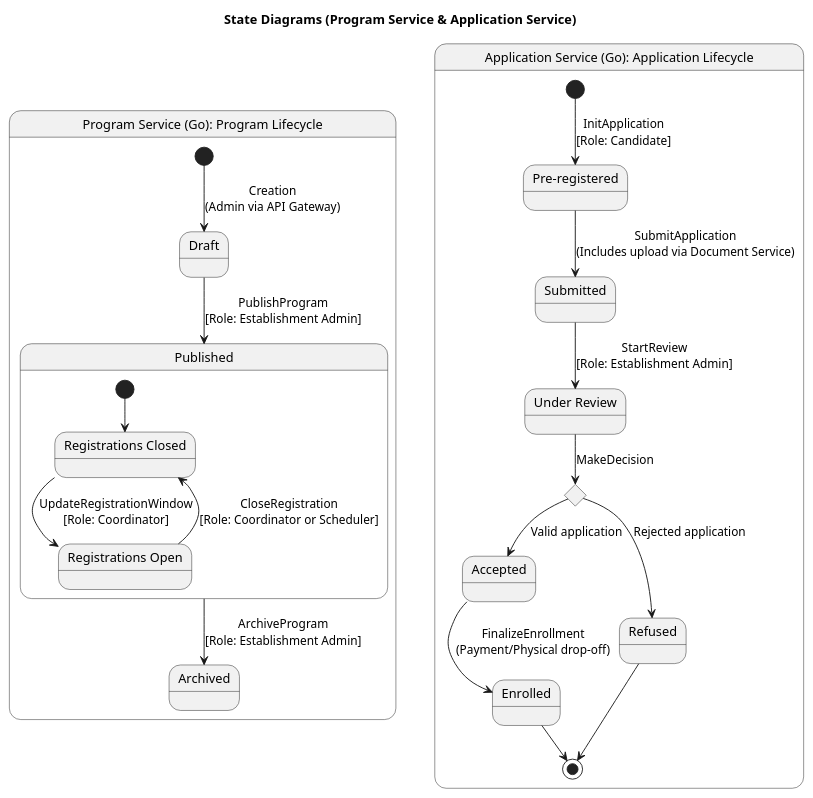
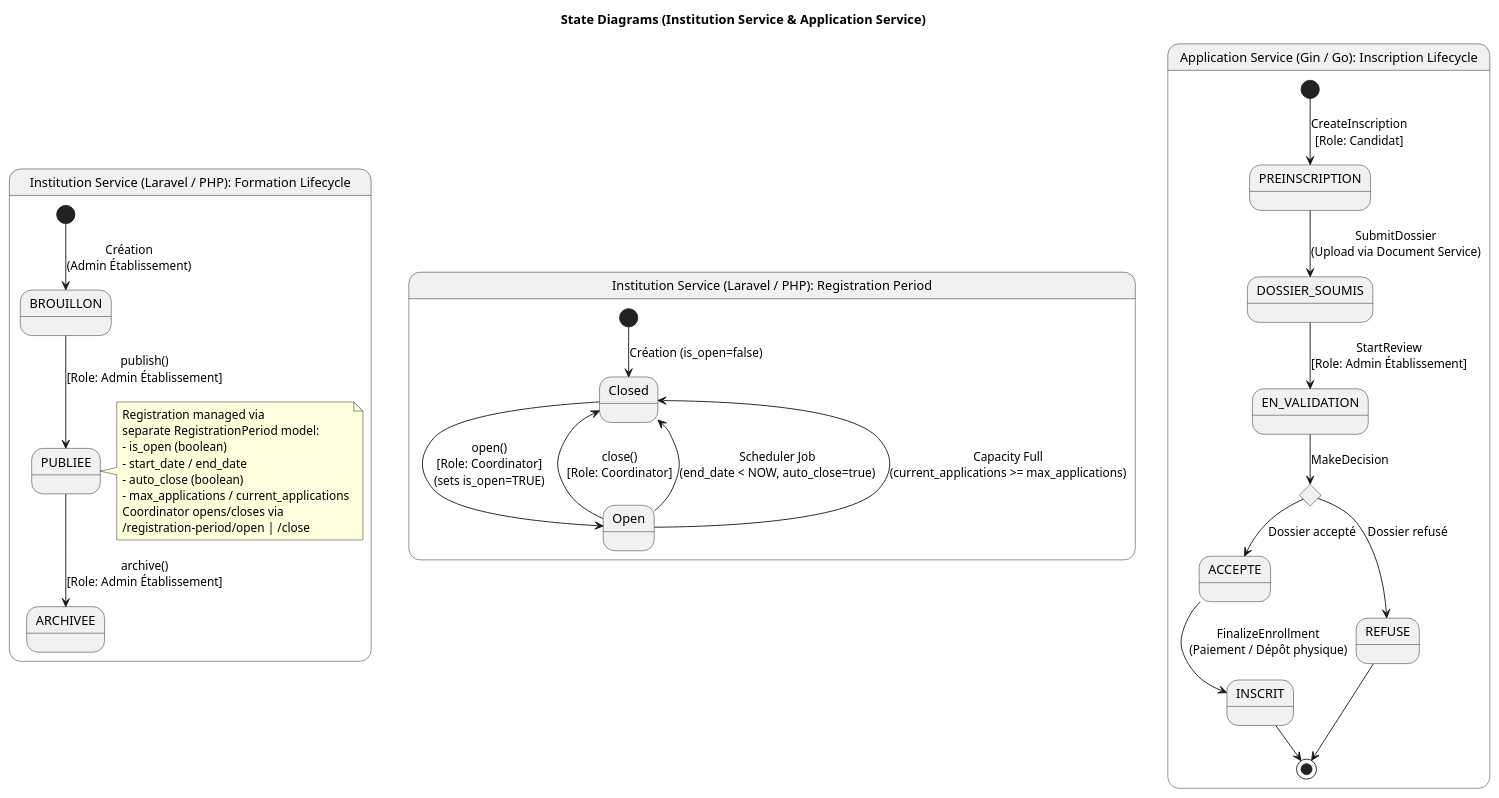
Before and after one commit to aminemanssouri/FST-CFC: the diagram in docs/4_state_diagrams.puml, drawn with PlantUML. The commit also changed 8 other files, not shown here.

Commit message:
docs: Add system diagrams including sequence, state, activity, class, and use cases.

```diff
--- a/docs/4_state_diagrams.puml
+++ b/docs/4_state_diagrams.puml
@@ -1,47 +1,65 @@
 @startuml
-title State Diagrams (Program Service & Application Service)
+title State Diagrams (Institution Service & Application Service)
 
-state "Program Service (Go): Program Lifecycle" as Program {
-  [*] --> Draft : Creation\n(Admin via API Gateway)
+state "Institution Service (Laravel / PHP): Formation Lifecycle" as Formation {
+  [*] --> BROUILLON : Création\n(Admin Établissement)
   
-  state "Draft" as Draft
-  state "Published" as Published {
-    [*] --> Registrations_Closed
-    state "Registrations Open" as Registrations_Open
-    state "Registrations Closed" as Registrations_Closed
-    
-    Registrations_Closed --> Registrations_Open : UpdateRegistrationWindow\n[Role: Coordinator]
-    Registrations_Open --> Registrations_Closed : CloseRegistration\n[Role: Coordinator or Scheduler]
-  }
-  state "Archived" as Archived
-  
-  Draft --> Published : PublishProgram\n[Role: Establishment Admin]
-  Published --> Archived : ArchiveProgram\n[Role: Establishment Admin]
+  state "BROUILLON" as BROUILLON
+  state "PUBLIEE" as PUBLIEE
+  state "ARCHIVEE" as ARCHIVEE
+
+  BROUILLON --> PUBLIEE : publish()\n[Role: Admin Établissement]
+  PUBLIEE --> ARCHIVEE : archive()\n[Role: Admin Établissement]
+
+  note right of PUBLIEE
+    Registration managed via
+    separate RegistrationPeriod model:
+    - is_open (boolean)
+    - start_date / end_date
+    - auto_close (boolean)
+    - max_applications / current_applications
+    Coordinator opens/closes via
+    /registration-period/open | /close
+  end note
 }
 
 --
 
-state "Application Service (Go): Application Lifecycle" as Application {
-  [*] --> PreRegistered : InitApplication\n[Role: Candidate]
+state "Institution Service (Laravel / PHP): Registration Period" as RegPeriod {
+  [*] --> Closed : Création (is_open=false)
   
-  state "Pre-registered" as PreRegistered
-  state "Submitted" as Submitted
-  state "Under Review" as UnderReview
-  state "Accepted" as Accepted
-  state "Refused" as Refused
-  state "Enrolled" as Enrolled
+  state "Closed" as Closed
+  state "Open" as Open
+
+  Closed --> Open : open()\n[Role: Coordinator]\n(sets is_open=TRUE)
+  Open --> Closed : close()\n[Role: Coordinator]
+  Open --> Closed : Scheduler Job\n(end_date < NOW, auto_close=true)
+  Open --> Closed : Capacity Full\n(current_applications >= max_applications)
+}
+
+--
+
+state "Application Service (Gin / Go): Inscription Lifecycle" as Inscription {
+  [*] --> PREINSCRIPTION : CreateInscription\n[Role: Candidat]
   
-  PreRegistered --> Submitted : SubmitApplication\n(Includes upload via Document Service)
-  Submitted --> UnderReview : StartReview\n[Role: Establishment Admin]
+  state "PREINSCRIPTION" as PREINSCRIPTION
+  state "DOSSIER_SOUMIS" as DOSSIER_SOUMIS
+  state "EN_VALIDATION" as EN_VALIDATION
+  state "ACCEPTE" as ACCEPTE
+  state "REFUSE" as REFUSE
+  state "INSCRIT" as INSCRIT
+  
+  PREINSCRIPTION --> DOSSIER_SOUMIS : SubmitDossier\n(Upload via Document Service)
+  DOSSIER_SOUMIS --> EN_VALIDATION : StartReview\n[Role: Admin Établissement]
   
   state AdminChoice <<choice>>
-  UnderReview --> AdminChoice : MakeDecision
-  AdminChoice --> Accepted : Valid application
-  AdminChoice --> Refused : Rejected application
+  EN_VALIDATION --> AdminChoice : MakeDecision
+  AdminChoice --> ACCEPTE : Dossier accepté
+  AdminChoice --> REFUSE : Dossier refusé
   
-  Accepted --> Enrolled : FinalizeEnrollment\n(Payment/Physical drop-off)
+  ACCEPTE --> INSCRIT : FinalizeEnrollment\n(Paiement / Dépôt physique)
   
-  Refused --> [*]
-  Enrolled --> [*]
+  REFUSE --> [*]
+  INSCRIT --> [*]
 }
 @enduml
```
